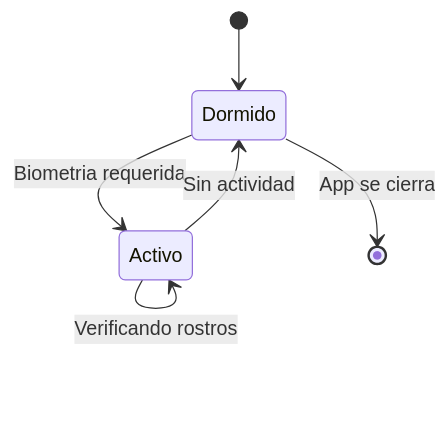
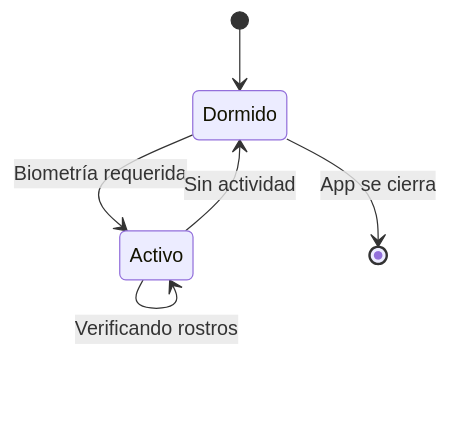
Before and after one commit to ramarstudio/RAMar_Repo: the second of 2 diagrams in docs/producto/como-funciona.md, drawn with Mermaid. The commit also changed other lines of this file and 14 other files, not shown here.

````diff
--- a/docs/producto/como-funciona.md
+++ b/docs/producto/como-funciona.md
@@ -55,8 +55,8 @@
 ```mermaid
 stateDiagram-v2
     [*] --> Dormido
-    Dormido --> Activo: Biometria requerida
+    Dormido --> Activo: Biometría requerida
     Activo --> Dormido: Sin actividad
     Activo --> Activo: Verificando rostros
     Dormido --> [*]: App se cierra
 ```
````
